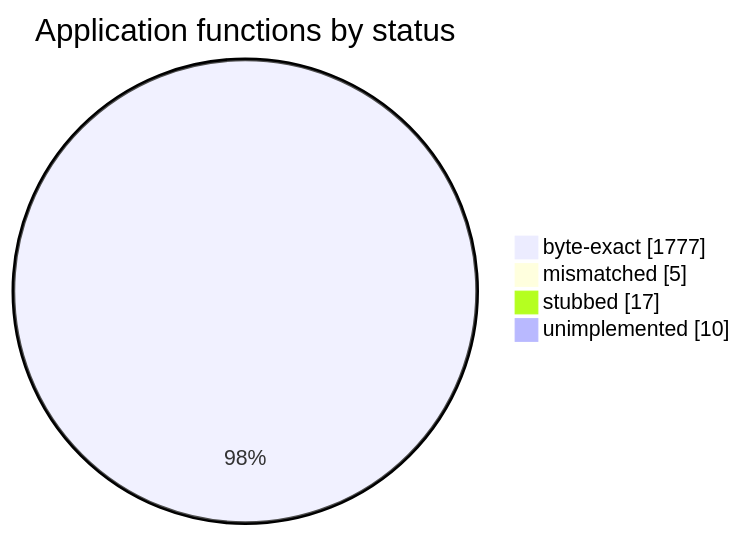
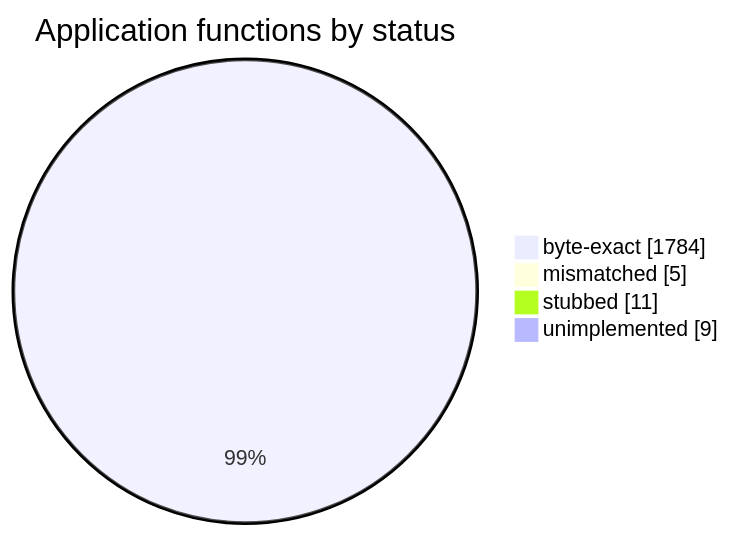
The diagram in README.md (sorokya/eos), drawn with Mermaid before and after one commit. The commit also changed other lines of this file and 9 other files, not shown here.

````diff
--- a/README.md
+++ b/README.md
@@ -154,8 +154,8 @@
 ```mermaid
 pie showData
     title Application functions by status
-    "byte-exact" : 1777
+    "byte-exact" : 1784
     "mismatched" : 5
-    "stubbed" : 17
-    "unimplemented" : 10
+    "stubbed" : 11
+    "unimplemented" : 9
 ```
````
